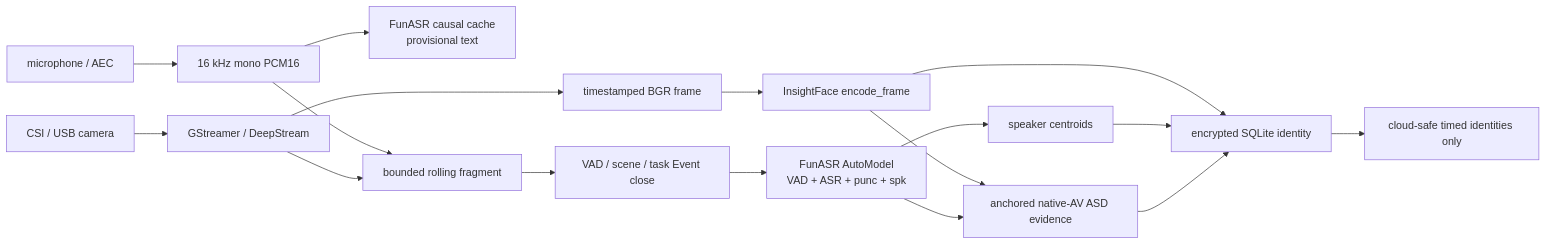
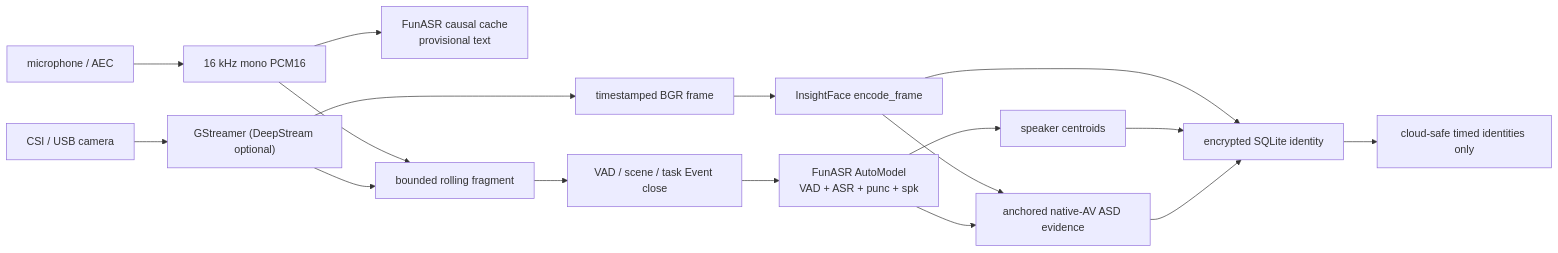
The diagram in docs/edge-identity-sota.md (EventHorizon-Lab/MindBridge), drawn with Mermaid before and after one commit. The commit also changed other lines of this file and 3 other files, not shown here.

````diff
--- a/docs/edge-identity-sota.md
+++ b/docs/edge-identity-sota.md
@@ -78,22 +90,22 @@
 ```mermaid
 flowchart LR
-    CAM["CSI / USB camera"] --> GST["GStreamer / DeepStream"]
+    CAM["CSI / USB camera"] --> GST["GStreamer (DeepStream optional)"]
     GST --> FRAME["timestamped BGR frame"]
     FRAME --> FACE["InsightFace encode_frame"]
 
     MIC["microphone / AEC"] --> PCM["16 kHz mono PCM16"]
     PCM --> ONLINE["FunASR causal cache\nprovisional text"]
     PCM --> ROLL["bounded rolling fragment"]
 
     GST --> ROLL
     ROLL --> GATE["VAD / scene / task Event close"]
     GATE --> SPEECH["FunASR AutoModel\nVAD + ASR + punc + spk"]
     SPEECH --> CENTROID["speaker centroids"]
 
     FACE --> LOCAL["encrypted SQLite identity"]
     CENTROID --> LOCAL
     FACE --> ASD["anchored native-AV ASD evidence"]
     SPEECH --> ASD
     ASD --> LOCAL
     LOCAL --> OUTBOX["cloud-safe timed identities only"]
 ```
````
